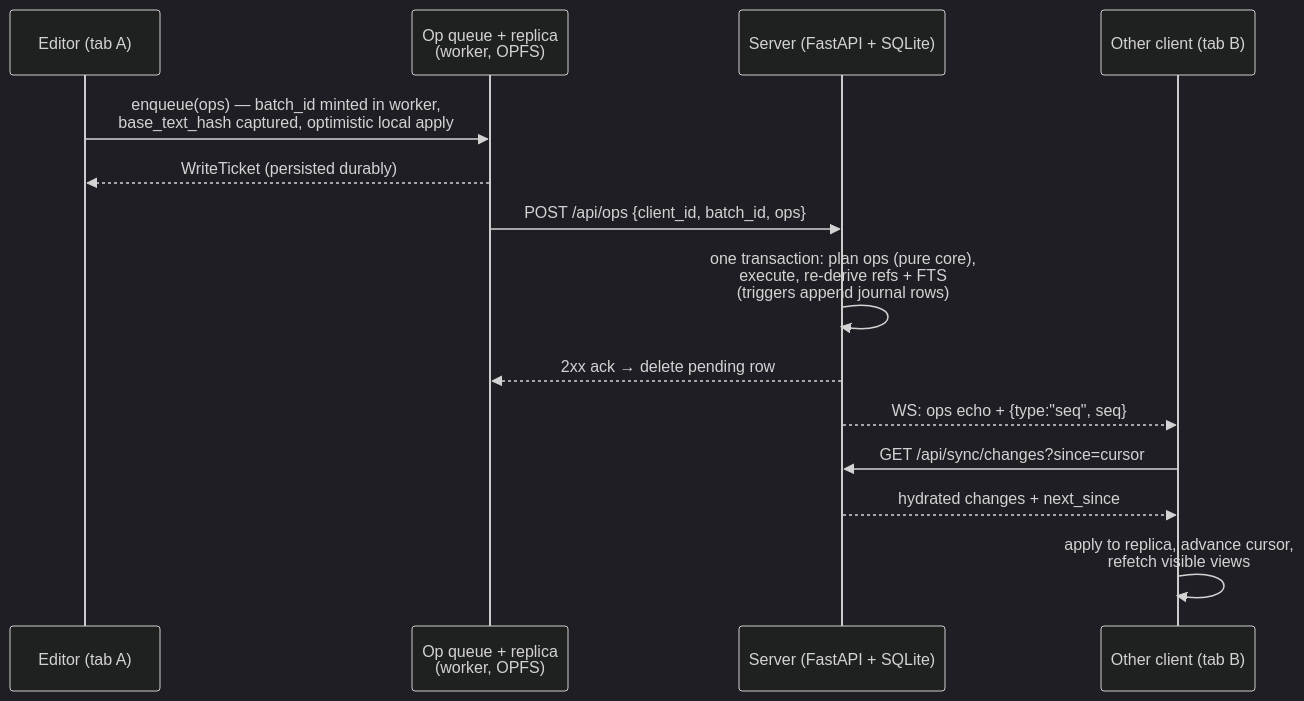
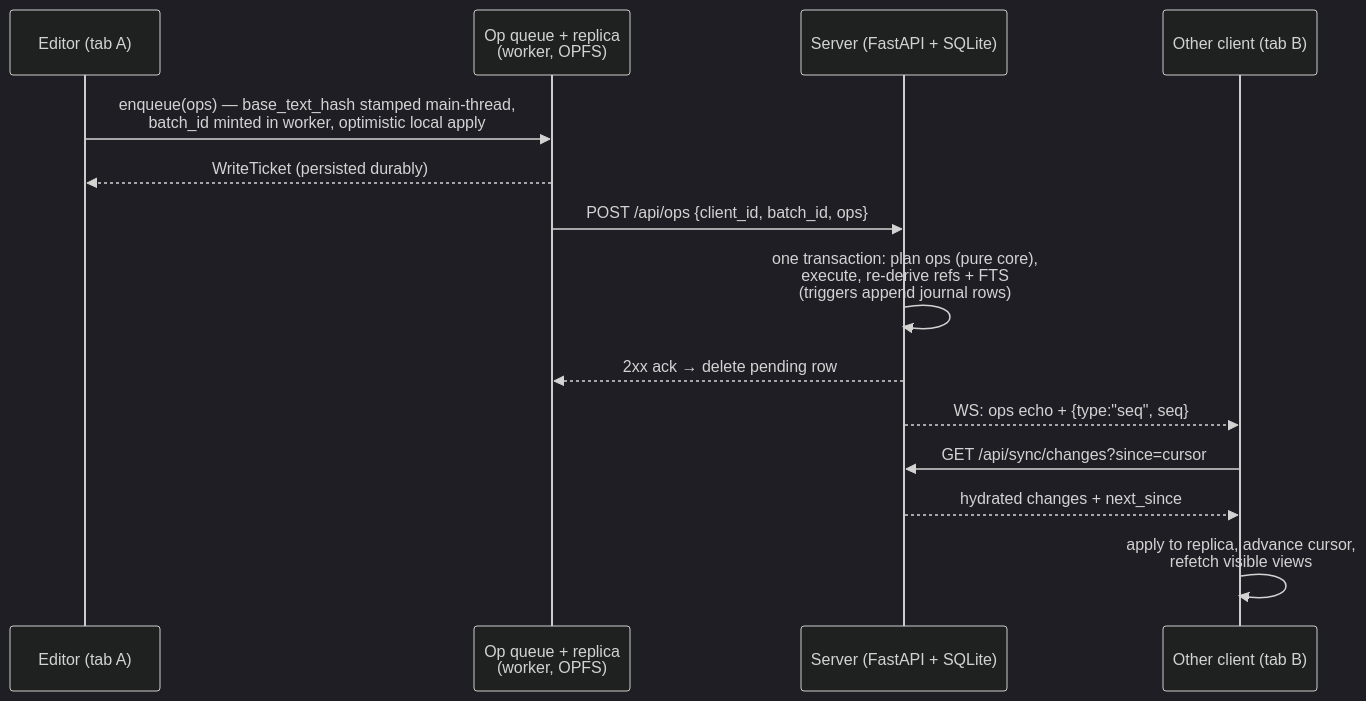
The first of 2 diagrams in docs/architecture/sync-and-offline.md (ArthurClune/pkm-system), drawn with Mermaid (dark theme) before and after one commit. The commit also changed other lines of this file and 14 other files, not shown here.

First line of the commit message:
fix(pkm-4ubd): stamp base_text_hash on the main thread

````diff
--- a/docs/architecture/sync-and-offline.md
+++ b/docs/architecture/sync-and-offline.md
@@ -43,17 +43,17 @@
 ```mermaid
 sequenceDiagram
     participant U as Editor (tab A)
     participant Q as Op queue + replica<br/>(worker, OPFS)
     participant S as Server (FastAPI + SQLite)
     participant B as Other client (tab B)
 
-    U->>Q: enqueue(ops) — batch_id minted in worker,<br/>base_text_hash captured, optimistic local apply
+    U->>Q: enqueue(ops) — base_text_hash stamped main-thread,<br/>batch_id minted in worker, optimistic local apply
     Q-->>U: WriteTicket (persisted durably)
     Q->>S: POST /api/ops {client_id, batch_id, ops}
     S->>S: one transaction: plan ops (pure core),<br/>execute, re-derive refs + FTS<br/>(triggers append journal rows)
     S-->>Q: 2xx ack → delete pending row
     S-->>B: WS: ops echo + {type:"seq", seq}
     B->>S: GET /api/sync/changes?since=cursor
     S-->>B: hydrated changes + next_since
     B->>B: apply to replica, advance cursor,<br/>refetch visible views
 ```
````
